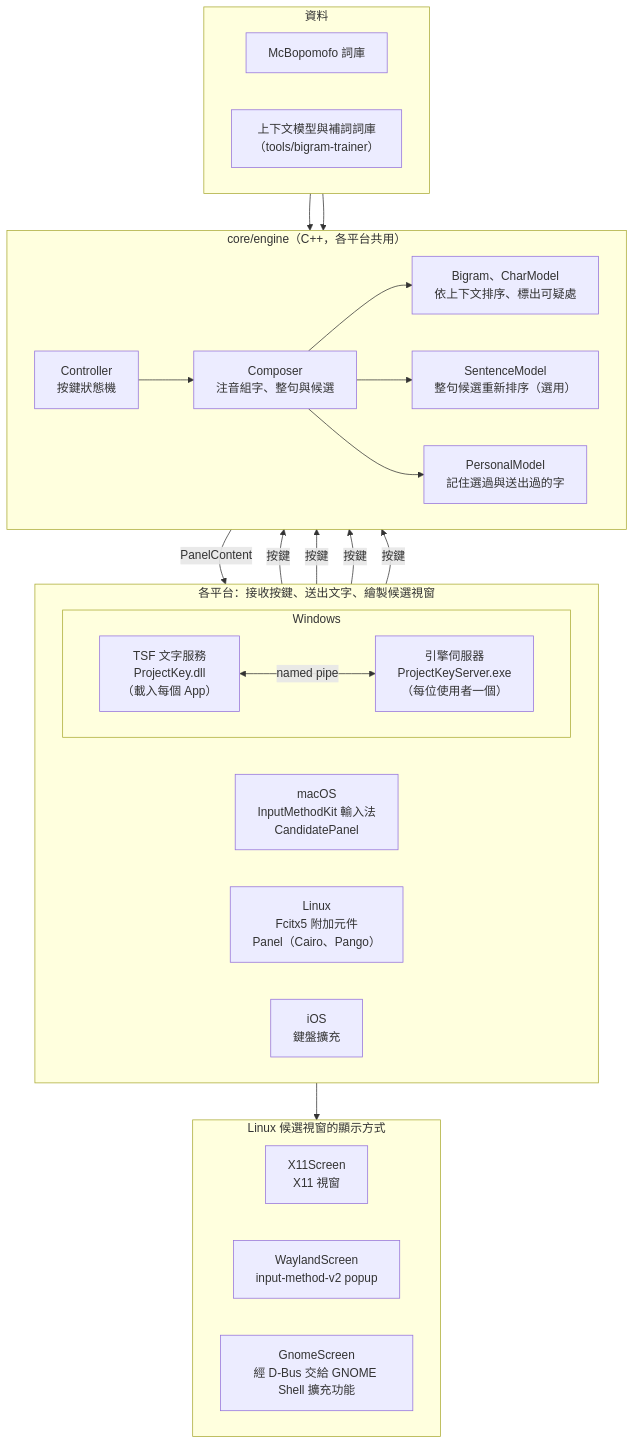
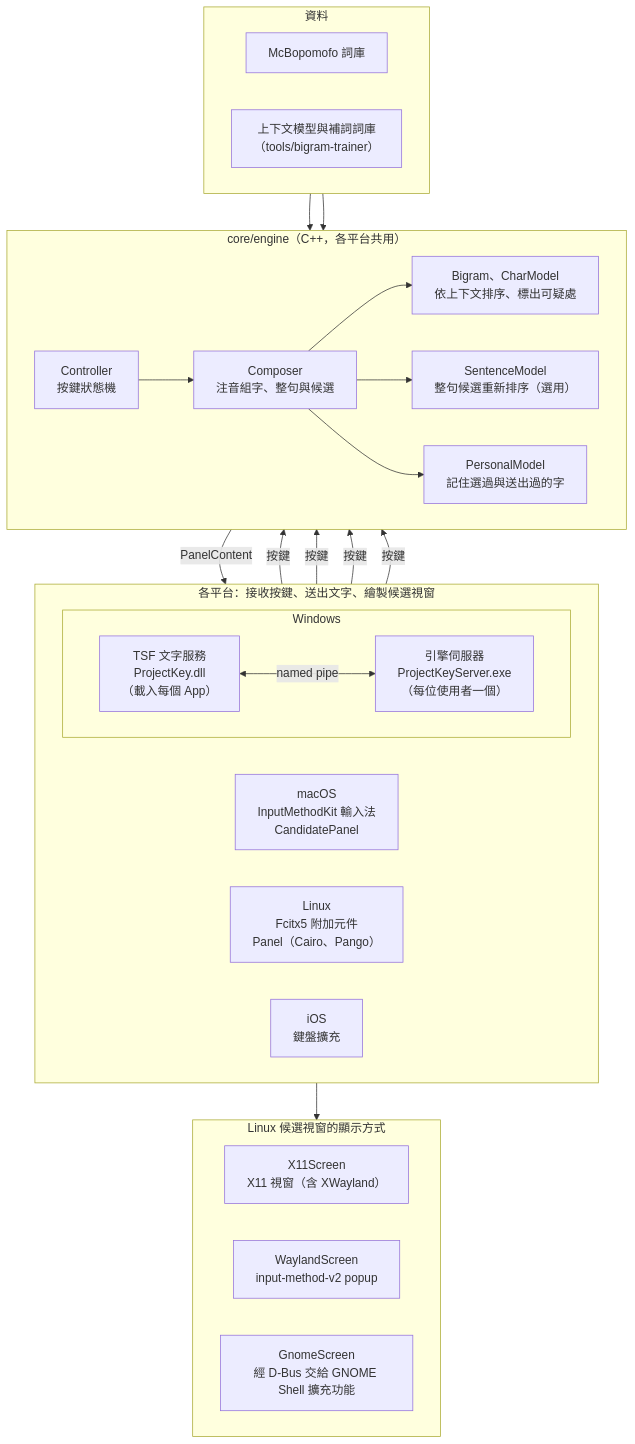
One commit to KoukeNeko/Project-Key changed the first of 2 diagrams in README.md. Above: the diagram before and after it, drawn with Mermaid. The commit also changed other lines of this file, not shown here.

Commit message:
docs: list niri and Nekoland, and X11Screen's XWayland use

````diff
--- a/README.md
+++ b/README.md
@@ -176,40 +176,40 @@
 ```mermaid
 flowchart TB
   subgraph platforms["各平台：接收按鍵、送出文字、繪製候選視窗"]
     direction LR
     mac["macOS<br>InputMethodKit 輸入法<br>CandidatePanel"]
     subgraph win["Windows"]
       direction LR
       tsf["TSF 文字服務<br>ProjectKey.dll<br>（載入每個 App）"] <-- "named pipe" --> server["引擎伺服器<br>ProjectKeyServer.exe<br>（每位使用者一個）"]
     end
     linux["Linux<br>Fcitx5 附加元件<br>Panel（Cairo、Pango）"]
     ios["iOS<br>鍵盤擴充"]
   end
 
   subgraph core["core/engine（C++，各平台共用）"]
     direction LR
     controller["Controller<br>按鍵狀態機"] --> composer["Composer<br>注音組字、整句與候選"]
     composer --> ranking["Bigram、CharModel<br>依上下文排序、標出可疑處"]
     composer --> sentence["SentenceModel<br>整句候選重新排序（選用）"]
     composer --> personal["PersonalModel<br>記住選過與送出過的字"]
   end
 
   subgraph data["資料"]
     direction LR
     mcb["McBopomofo 詞庫"]
     models["上下文模型與補詞詞庫<br>（tools/bigram-trainer）"]
   end
 
   mac & server & linux & ios -- "按鍵" --> controller
   controller -- "PanelContent" --> platforms
   mcb --> composer
   models --> ranking
 
   subgraph screens["Linux 候選視窗的顯示方式"]
     direction LR
-    x11["X11Screen<br>X11 視窗"]
+    x11["X11Screen<br>X11 視窗（含 XWayland）"]
     wayland["WaylandScreen<br>input-method-v2 popup"]
     gnome["GnomeScreen<br>經 D-Bus 交給 GNOME Shell 擴充功能"]
   end
   linux --> screens
 ```
````
